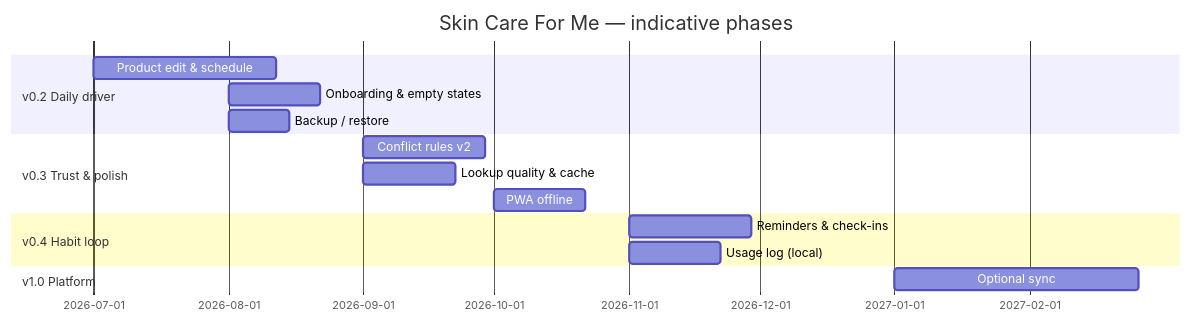
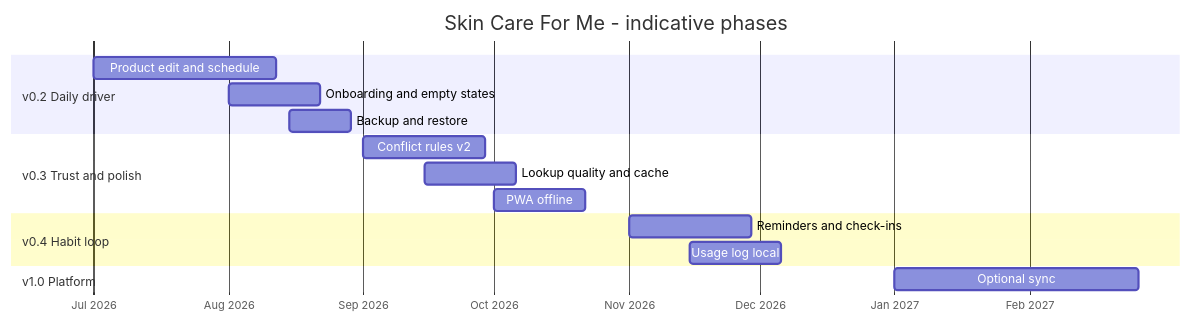
The diagram in docs/ROADMAP.md (antoniwan/skin-care-for-me-webapp), drawn with Mermaid before and after one commit. The commit also changed 35 other files, not shown here.

````diff
--- a/docs/ROADMAP.md
+++ b/docs/ROADMAP.md
@@ -12,18 +12,19 @@
 ```mermaid
 gantt
-    title Skin Care For Me — indicative phases
-    dateFormat YYYY-MM
+    title Skin Care For Me - indicative phases
+    dateFormat YYYY-MM-DD
+    axisFormat %b %Y
     section v0.2 Daily driver
-    Product edit & schedule      :2026-07, 6w
-    Onboarding & empty states     :2026-08, 3w
-    Backup / restore              :2026-08, 2w
-    section v0.3 Trust & polish
-    Conflict rules v2             :2026-09, 4w
-    Lookup quality & cache        :2026-09, 3w
-    PWA offline                   :2026-10, 3w
+    Product edit and schedule      :p1, 2026-07-01, 6w
+    Onboarding and empty states      :p2, 2026-08-01, 3w
+    Backup and restore               :p3, 2026-08-15, 2w
+    section v0.3 Trust and polish
+    Conflict rules v2                :p4, 2026-09-01, 4w
+    Lookup quality and cache         :p5, 2026-09-15, 3w
+    PWA offline                      :p6, 2026-10-01, 3w
     section v0.4 Habit loop
-    Reminders & check-ins         :2026-11, 4w
-    Usage log (local)             :2026-11, 3w
+    Reminders and check-ins          :p7, 2026-11-01, 4w
+    Usage log local                  :p8, 2026-11-15, 3w
     section v1.0 Platform
-    Optional sync                 :2027-01, 8w
+    Optional sync                    :p9, 2027-01-01, 8w
 ```
````
